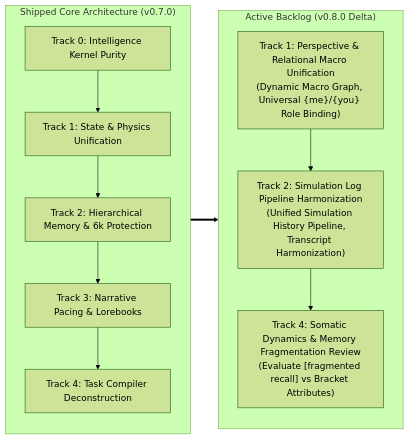
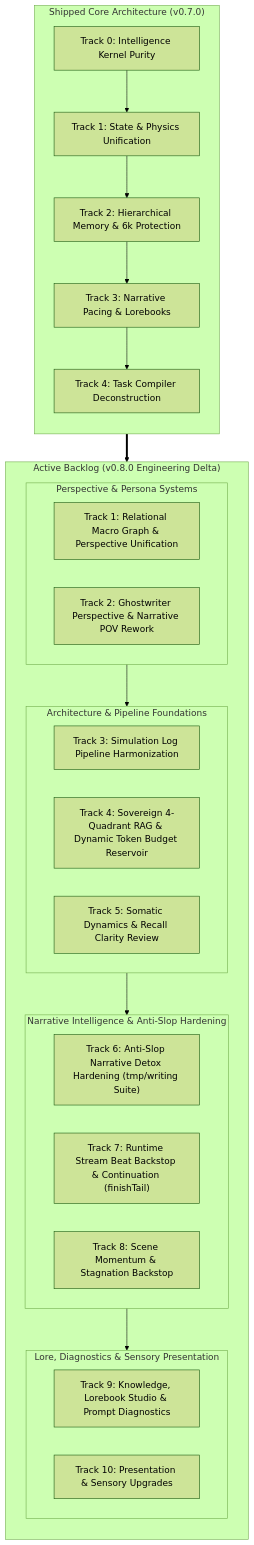
Before and after one commit to JooduG/RPGlitch: the diagram in ROADMAP.md, drawn with Mermaid (forest theme). The commit also changed other lines of this file and 2 other files, not shown here.

Commit message:
docs: update roadmap with detailed v0.8.0 engineering tracks and add memory RAG budget architecture spec and bridge script

````diff
--- a/ROADMAP.md
+++ b/ROADMAP.md
@@ -19,22 +20,41 @@
 ```mermaid
-flowchart LR
-    subgraph Shipped["Shipped Core Architecture (v0.7.0)"]
+flowchart TD
+    subgraph Shipped ["Shipped Core Architecture (v0.7.0)"]
         direction TB
         T0["Track 0: Intelligence Kernel Purity"]
         T1["Track 1: State & Physics Unification"]
         T2["Track 2: Hierarchical Memory & 6k Protection"]
         T3["Track 3: Narrative Pacing & Lorebooks"]
         T4["Track 4: Task Compiler Deconstruction"]
         T0 --> T1 --> T2 --> T3 --> T4
     end
 
-    subgraph ActiveBacklog["Active Backlog (v0.8.0 Delta)"]
+    subgraph ActiveBacklog ["Active Backlog (v0.8.0 Engineering Delta)"]
         direction TB
-        T_ACT1["Track 1: Perspective & Relational Macro Unification<br>(Dynamic Macro Graph, Universal {me}/{you} Role Binding)"]
-        T_ACT2["Track 2: Simulation Log Pipeline Harmonization<br>(Unified Simulation History Pipeline, Transcript Harmonization)"]
-        T_ACT4["Track 4: Somatic Dynamics & Memory Fragmentation Review<br>(Evaluate [fragmented recall] vs Bracket Attributes)"]
-        T_ACT1 --> T_ACT2 --> T_ACT4
+        subgraph Group1 ["Perspective & Persona Systems"]
+            TR1["Track 1: Relational Macro Graph & Perspective Unification"]
+            TR2["Track 2: Ghostwriter Perspective & Narrative POV Rework"]
+        end
+
+        subgraph Group2 ["Architecture & Pipeline Foundations"]
+            TR3["Track 3: Simulation Log Pipeline Harmonization"]
+            TR4["Track 4: Sovereign 4-Quadrant RAG & Dynamic Token Budget Reservoir"]
+            TR5["Track 5: Somatic Dynamics & Recall Clarity Review"]
+        end
+
+        subgraph Group3 ["Narrative Intelligence & Anti-Slop Hardening"]
+            TR6["Track 6: Anti-Slop Narrative Detox Hardening (tmp/writing Suite)"]
+            TR7["Track 7: Runtime Stream Beat Backstop & Continuation (finishTail)"]
+            TR8["Track 8: Scene Momentum & Stagnation Backstop"]
+        end
+
+        subgraph Group4 ["Lore, Diagnostics & Sensory Presentation"]
+            TR9["Track 9: Knowledge, Lorebook Studio & Prompt Diagnostics"]
+            TR10["Track 10: Presentation & Sensory Upgrades"]
+        end
+
+        Group1 --> Group2 --> Group3 --> Group4
     end
 
     Shipped ==> ActiveBacklog
 ```
````
